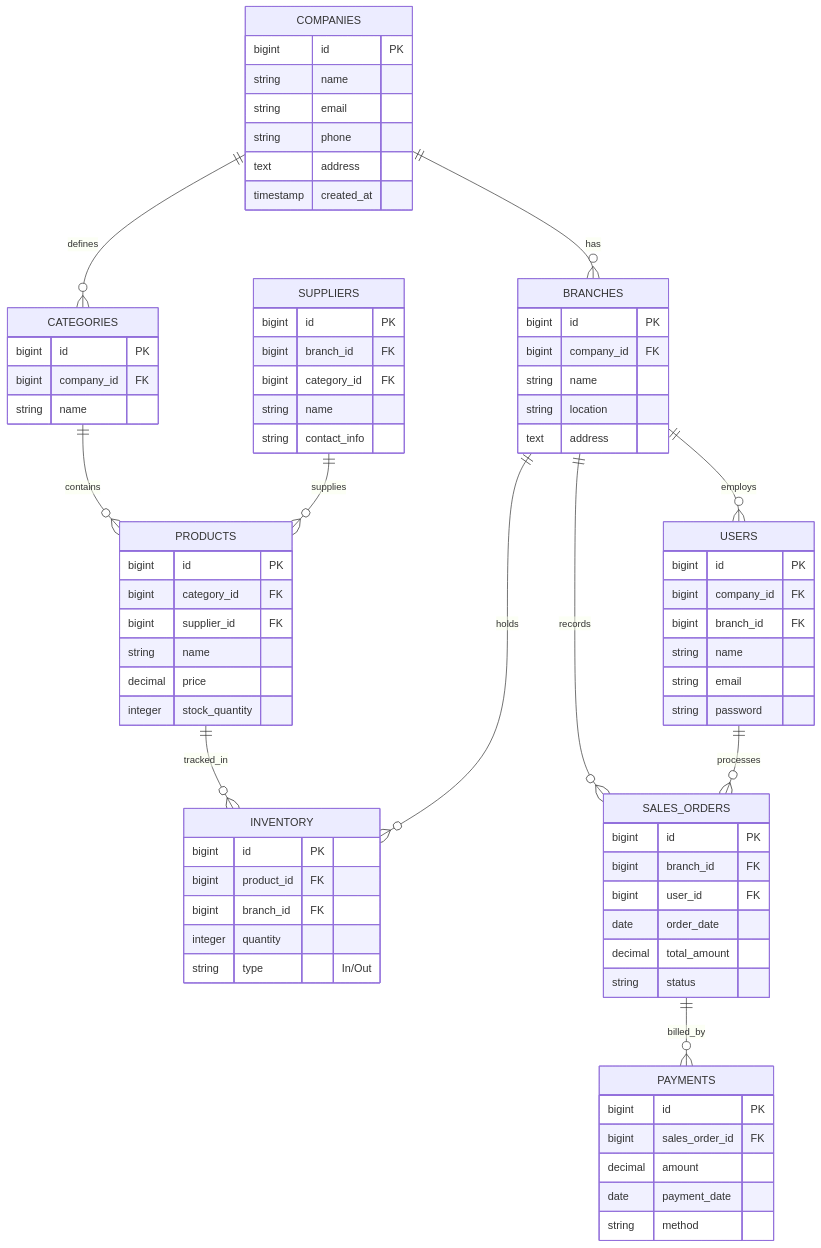
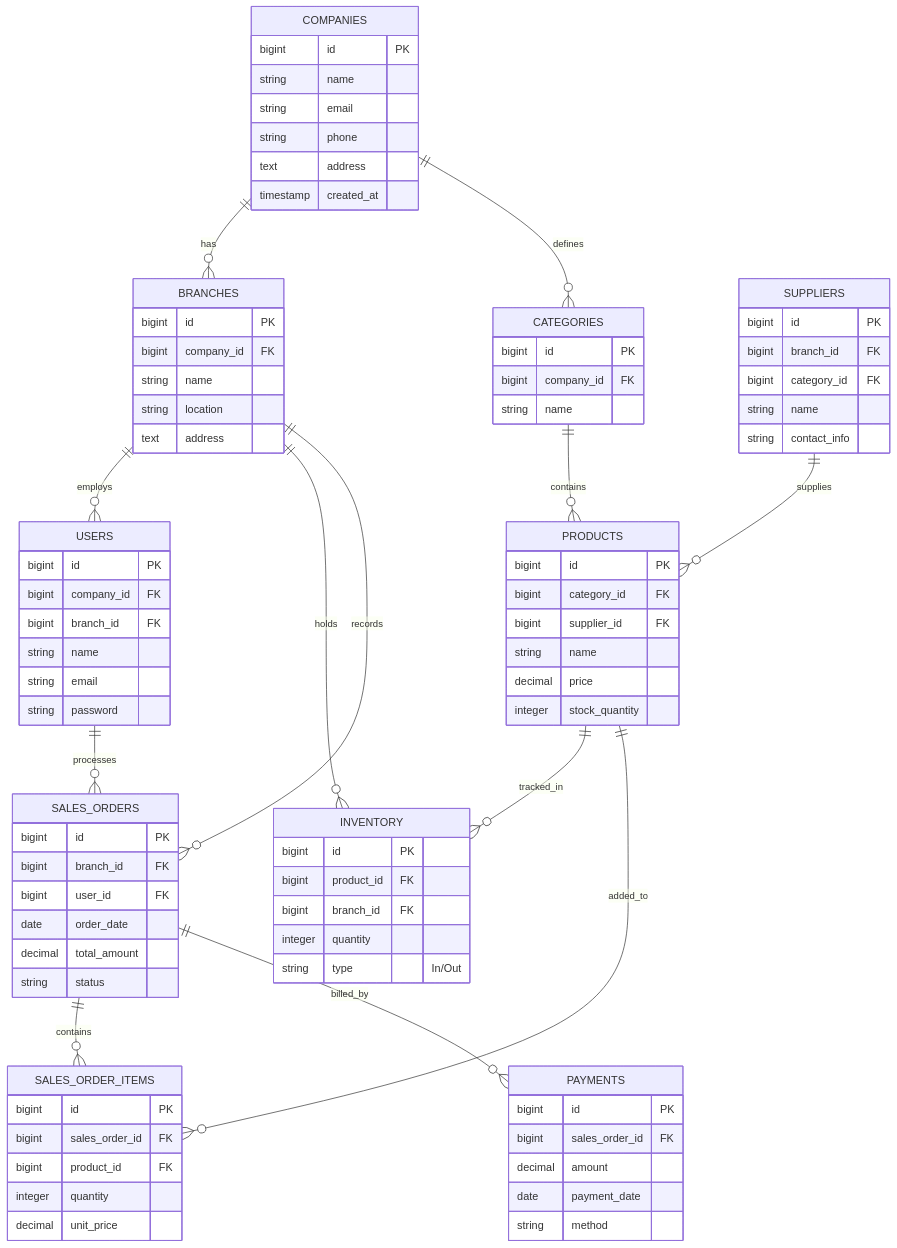
The diagram in ERD.md (MohammedTaha187/businessoperationserp), drawn with Mermaid before and after one commit.

Commit message:
Update ERD.md to match table count and include Sales Order Items

````diff
--- a/ERD.md
+++ b/ERD.md
@@ -72,6 +72,14 @@
         string status
     }
 
+    SALES_ORDER_ITEMS {
+        bigint id PK
+        bigint sales_order_id FK
+        bigint product_id FK
+        integer quantity
+        decimal unit_price
+    }
+
     PAYMENTS {
         bigint id PK
         bigint sales_order_id FK
@@ -93,5 +101,8 @@
     BRANCHES ||--o{ SALES_ORDERS : "records"
     USERS ||--o{ SALES_ORDERS : "processes"
     
+    SALES_ORDERS ||--o{ SALES_ORDER_ITEMS : "contains"
+    PRODUCTS ||--o{ SALES_ORDER_ITEMS : "added_to"
+    
     SALES_ORDERS ||--o{ PAYMENTS : "billed_by"
 ```
````
